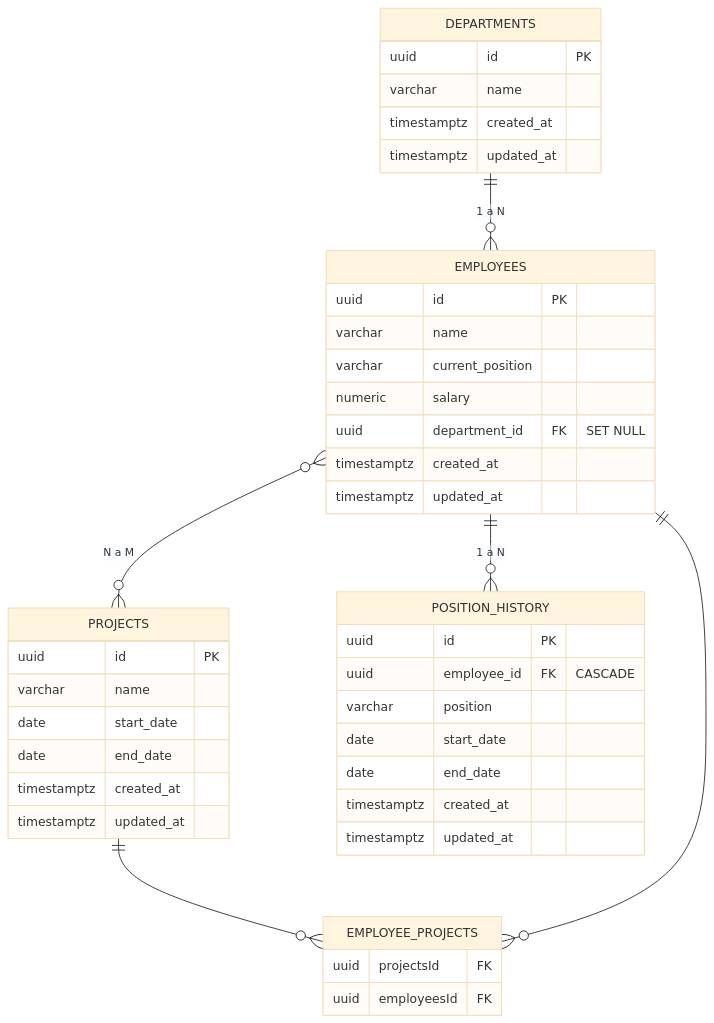
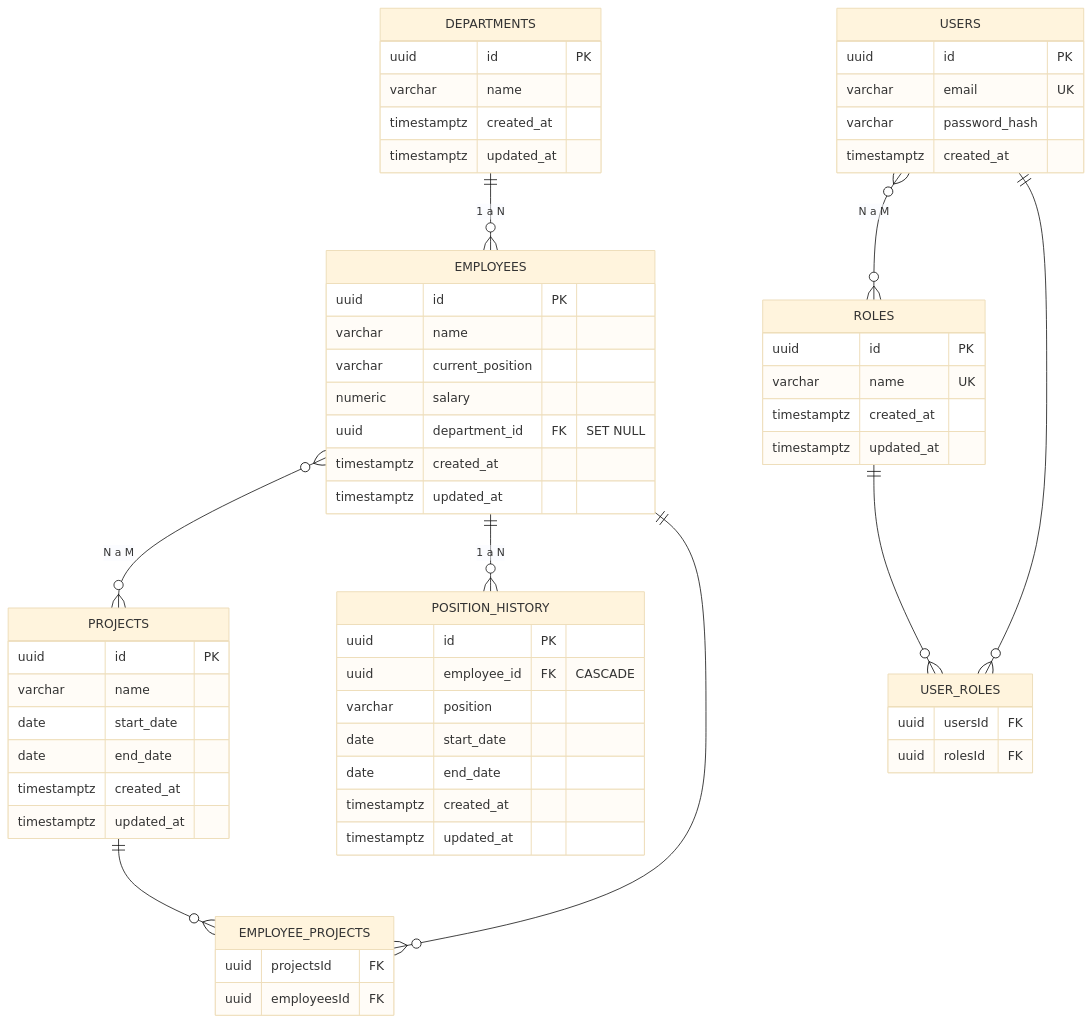
The first of 2 diagrams in README.md (antoniojvargas/employee-management-api-node), drawn with Mermaid (base theme) before and after one commit. The commit also changed other lines of this file and 7 other files, not shown here.

Commit message:
feat: add Role entity and user_roles join table for multi-role support

````diff
--- a/README.md
+++ b/README.md
@@ -172,45 +176,64 @@
 ```mermaid
 erDiagram
     DEPARTMENTS ||--o{ EMPLOYEES : "1 a N"
     EMPLOYEES }o--o{ PROJECTS : "N a M"
     EMPLOYEES ||--o{ POSITION_HISTORY : "1 a N"
     PROJECTS ||--o{ EMPLOYEE_PROJECTS : ""
     EMPLOYEES ||--o{ EMPLOYEE_PROJECTS : ""
+    USERS }o--o{ ROLES : "N a M"
+    USERS ||--o{ USER_ROLES : ""
+    ROLES ||--o{ USER_ROLES : ""
 
     DEPARTMENTS {
         uuid id PK
         varchar name
         timestamptz created_at
         timestamptz updated_at
     }
     EMPLOYEES {
         uuid id PK
         varchar name
         varchar current_position
         numeric salary
         uuid department_id FK "SET NULL"
         timestamptz created_at
         timestamptz updated_at
     }
     PROJECTS {
         uuid id PK
         varchar name
         date start_date
         date end_date
         timestamptz created_at
         timestamptz updated_at
     }
     EMPLOYEE_PROJECTS {
         uuid projectsId FK
         uuid employeesId FK
     }
     POSITION_HISTORY {
         uuid id PK
         uuid employee_id FK "CASCADE"
         varchar position
         date start_date
         date end_date
         timestamptz created_at
         timestamptz updated_at
     }
+    USERS {
+        uuid id PK
+        varchar email UK
+        varchar password_hash
+        timestamptz created_at
+    }
+    ROLES {
+        uuid id PK
+        varchar name UK
+        timestamptz created_at
+        timestamptz updated_at
+    }
+    USER_ROLES {
+        uuid usersId FK
+        uuid rolesId FK
+    }
 ```
````
